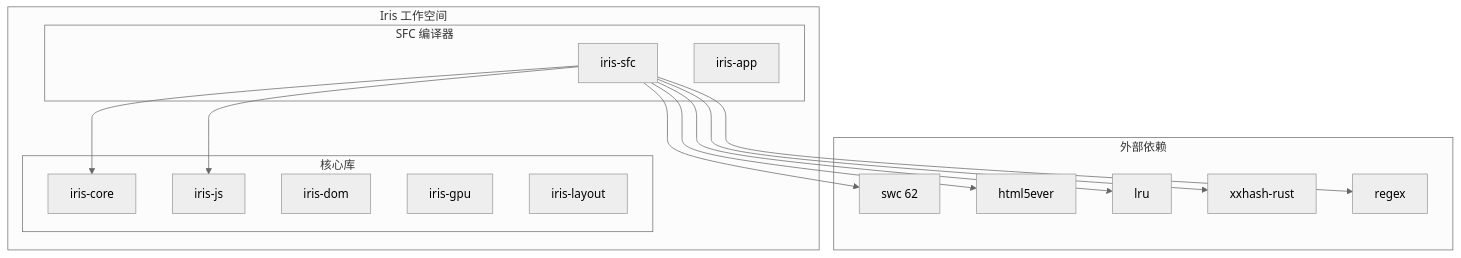
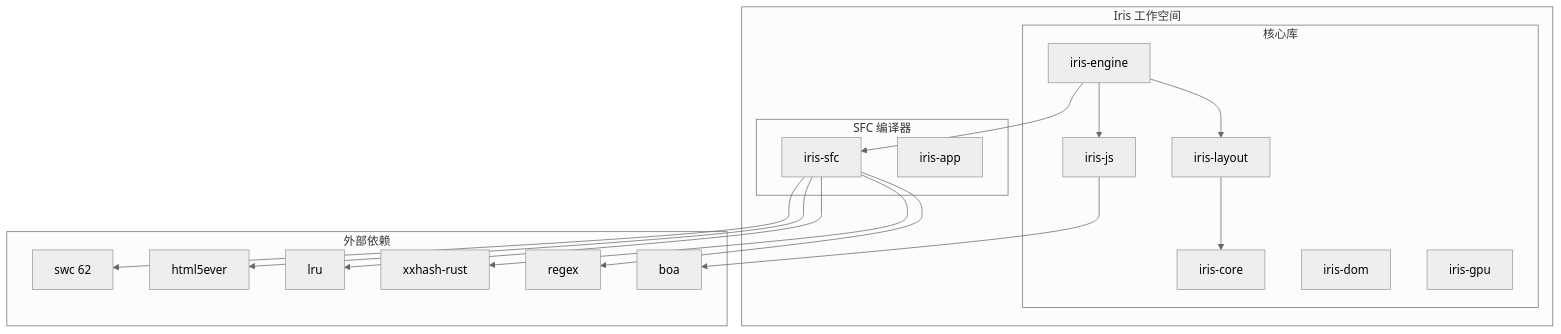
Before and after one commit to itszzl-sudo/iris: the first of 17 diagrams in .qoder/repowiki/zh/content/技术架构详解/即时转译系统/SFC编译器初始化机制/Vue 3 Script Setup 支持.md, drawn with Mermaid (neutral theme). The commit also changed other lines of this file and 8 other files, not shown here.

````diff
--- a/.qoder/repowiki/zh/content/技术架构详解/即时转译系统/SFC编译器初始化机制/Vue 3 Script Setup 支持.md
+++ b/.qoder/repowiki/zh/content/技术架构详解/即时转译系统/SFC编译器初始化机制/Vue 3 Script Setup 支持.md
@@ -63,30 +69,35 @@
 ```mermaid
 graph TB
 subgraph "Iris 工作空间"
 subgraph "核心库"
 A[iris-core]
 B[iris-js]
 C[iris-dom]
 D[iris-gpu]
 E[iris-layout]
+F[iris-engine]
 end
 subgraph "SFC 编译器"
-F[iris-sfc]
-G[iris-app]
+G[iris-sfc]
+H[iris-app]
 end
 end
 subgraph "外部依赖"
-H[swc 62]
-I[html5ever]
-J[lru]
-K[xxhash-rust]
-L[regex]
+I[swc 62]
+J[html5ever]
+K[lru]
+L[xxhash-rust]
+M[regex]
+N[boa]
 end
-F --> H
-F --> I
-F --> J
-F --> K
-F --> L
-F --> A
+F --> G
 F --> B
+F --> E
+G --> I
+G --> J
+G --> K
+G --> L
+G --> M
+B --> N
+E --> A
 ```
````
